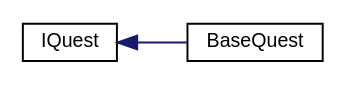
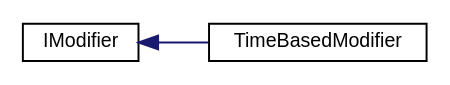
Before and after one commit to PaulSchweizer/ActionRpgKit: the diagram in inherit_graph_8.dot, drawn with Graphviz. The commit also changed 572 other files, not shown here.

```diff
--- a/inherit_graph_8.dot
+++ b/inherit_graph_8.dot
@@ -1,10 +1,10 @@
 digraph "Graphical Class Hierarchy"
 {
  // INTERACTIVE_SVG=YES
   edge [fontname="Helvetica",fontsize="10",labelfontname="Helvetica",labelfontsize="10"];
   node [fontname="Helvetica",fontsize="10",shape=record];
   rankdir="LR";
-  Node1 [label="IQuest",height=0.2,width=0.4,color="black", fillcolor="white", style="filled",URL="$dd/dd3/interface_action_rpg_kit_1_1_story_1_1_quest_1_1_i_quest.xhtml",tooltip="Interface for Quests. "];
+  Node1 [label="IModifier",height=0.2,width=0.4,color="black", fillcolor="white", style="filled",URL="$d5/dc3/interface_action_rpg_kit_1_1_character_1_1_attribute_1_1_i_modifier.xhtml",tooltip="Interface for modifiers that alter an attribute. "];
   Node1 -> Node2 [dir="back",color="midnightblue",fontsize="10",style="solid",fontname="Helvetica"];
-  Node2 [label="BaseQuest",height=0.2,width=0.4,color="black", fillcolor="white", style="filled",URL="$d8/d88/class_action_rpg_kit_1_1_story_1_1_quest_1_1_base_quest.xhtml"];
+  Node2 [label="TimeBasedModifier",height=0.2,width=0.4,color="black", fillcolor="white", style="filled",URL="$d5/d34/class_action_rpg_kit_1_1_character_1_1_attribute_1_1_time_based_modifier.xhtml",tooltip="Modifier that affects an attribute over a certain period of time. "];
 }
```
